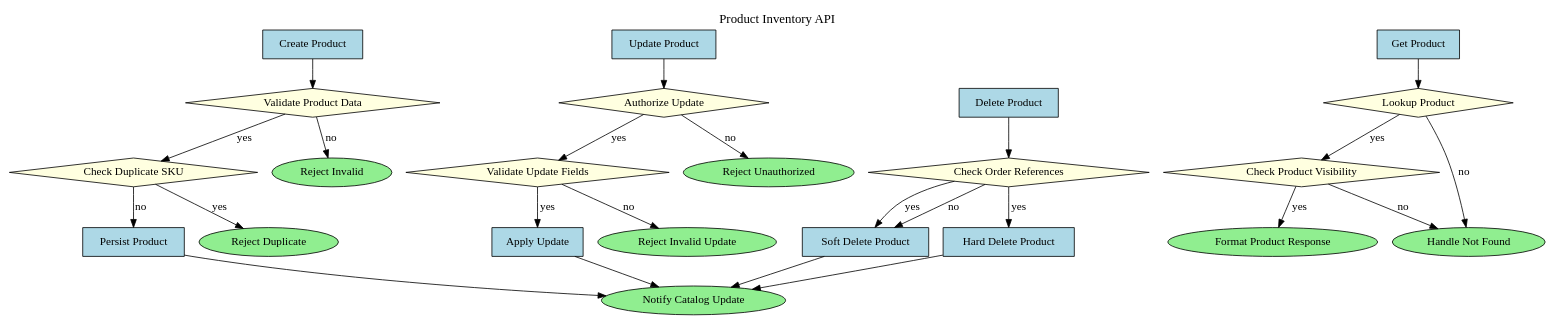
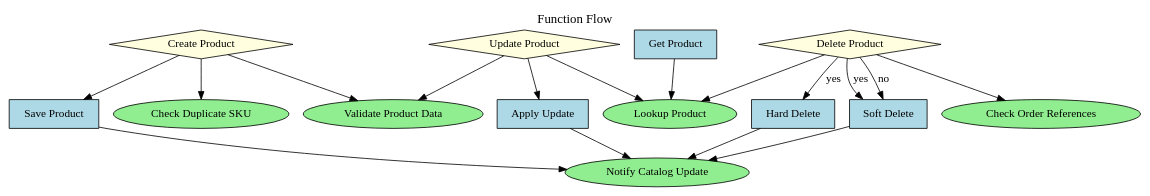
One commit to jharibo/flowdoc changed the diagram in examples/fastapi/product_inventory_api.dot. Above: the diagram before and after it, drawn with Graphviz. The commit also changed 7 other files, not shown here.

```diff
--- a/examples/fastapi/product_inventory_api.dot
+++ b/examples/fastapi/product_inventory_api.dot
@@ -1,50 +1,34 @@
-// CRUD operations for product catalog management
-digraph "Product Inventory API" {
+// Flow derived from standalone function
+digraph "Function Flow" {
 	rankdir=TB
-	graph [fontsize=16 label="Product Inventory API" labelloc=t]
-	create_product [label="Create Product" fillcolor=lightblue shape=box style=filled]
-	validate_product_data [label="Validate Product Data" fillcolor=lightyellow shape=diamond style=filled]
-	check_duplicate_sku [label="Check Duplicate SKU" fillcolor=lightyellow shape=diamond style=filled]
-	persist_product [label="Persist Product" fillcolor=lightblue shape=box style=filled]
+	graph [fontsize=16 label="Function Flow" labelloc=t]
+	validate_product_data [label="Validate Product Data" fillcolor=lightgreen shape=ellipse style=filled]
+	check_duplicate_sku [label="Check Duplicate SKU" fillcolor=lightgreen shape=ellipse style=filled]
+	save_product [label="Save Product" fillcolor=lightblue shape=box style=filled]
 	notify_catalog_update [label="Notify Catalog Update" fillcolor=lightgreen shape=ellipse style=filled]
-	reject_invalid [label="Reject Invalid" fillcolor=lightgreen shape=ellipse style=filled]
-	reject_duplicate [label="Reject Duplicate" fillcolor=lightgreen shape=ellipse style=filled]
+	lookup_product [label="Lookup Product" fillcolor=lightgreen shape=ellipse style=filled]
+	apply_update [label="Apply Update" fillcolor=lightblue shape=box style=filled]
+	check_order_references [label="Check Order References" fillcolor=lightgreen shape=ellipse style=filled]
+	soft_delete [label="Soft Delete" fillcolor=lightblue shape=box style=filled]
+	hard_delete [label="Hard Delete" fillcolor=lightblue shape=box style=filled]
+	create_product [label="Create Product" fillcolor=lightyellow shape=diamond style=filled]
 	get_product [label="Get Product" fillcolor=lightblue shape=box style=filled]
-	lookup_product [label="Lookup Product" fillcolor=lightyellow shape=diamond style=filled]
-	check_product_visibility [label="Check Product Visibility" fillcolor=lightyellow shape=diamond style=filled]
-	format_product_response [label="Format Product Response" fillcolor=lightgreen shape=ellipse style=filled]
-	handle_not_found [label="Handle Not Found" fillcolor=lightgreen shape=ellipse style=filled]
-	update_product [label="Update Product" fillcolor=lightblue shape=box style=filled]
-	authorize_update [label="Authorize Update" fillcolor=lightyellow shape=diamond style=filled]
-	validate_update_fields [label="Validate Update Fields" fillcolor=lightyellow shape=diamond style=filled]
-	apply_update [label="Apply Update" fillcolor=lightblue shape=box style=filled]
-	reject_unauthorized [label="Reject Unauthorized" fillcolor=lightgreen shape=ellipse style=filled]
-	reject_invalid_update [label="Reject Invalid Update" fillcolor=lightgreen shape=ellipse style=filled]
-	delete_product [label="Delete Product" fillcolor=lightblue shape=box style=filled]
-	check_order_references [label="Check Order References" fillcolor=lightyellow shape=diamond style=filled]
-	soft_delete_product [label="Soft Delete Product" fillcolor=lightblue shape=box style=filled]
-	hard_delete_product [label="Hard Delete Product" fillcolor=lightblue shape=box style=filled]
+	update_product [label="Update Product" fillcolor=lightyellow shape=diamond style=filled]
+	delete_product [label="Delete Product" fillcolor=lightyellow shape=diamond style=filled]
+	save_product -> notify_catalog_update
+	apply_update -> notify_catalog_update
+	soft_delete -> notify_catalog_update
+	hard_delete -> notify_catalog_update
 	create_product -> validate_product_data
-	validate_product_data -> check_duplicate_sku [label=yes]
-	validate_product_data -> reject_invalid [label=no]
-	check_duplicate_sku -> reject_duplicate [label=yes]
-	check_duplicate_sku -> persist_product [label=no]
-	persist_product -> notify_catalog_update
+	create_product -> check_duplicate_sku
+	create_product -> save_product
 	get_product -> lookup_product
-	lookup_product -> check_product_visibility [label=yes]
-	lookup_product -> handle_not_found [label=no]
-	check_product_visibility -> format_product_response [label=yes]
-	check_product_visibility -> handle_not_found [label=no]
-	update_product -> authorize_update
-	authorize_update -> validate_update_fields [label=yes]
-	authorize_update -> reject_unauthorized [label=no]
-	validate_update_fields -> apply_update [label=yes]
-	validate_update_fields -> reject_invalid_update [label=no]
-	apply_update -> notify_catalog_update
+	update_product -> lookup_product
+	update_product -> validate_product_data
+	update_product -> apply_update
+	delete_product -> lookup_product
 	delete_product -> check_order_references
-	check_order_references -> soft_delete_product [label=yes]
-	check_order_references -> hard_delete_product [label=yes]
-	check_order_references -> soft_delete_product [label=no]
-	soft_delete_product -> notify_catalog_update
-	hard_delete_product -> notify_catalog_update
+	delete_product -> soft_delete [label=yes]
+	delete_product -> hard_delete [label=yes]
+	delete_product -> soft_delete [label=no]
 }
```
